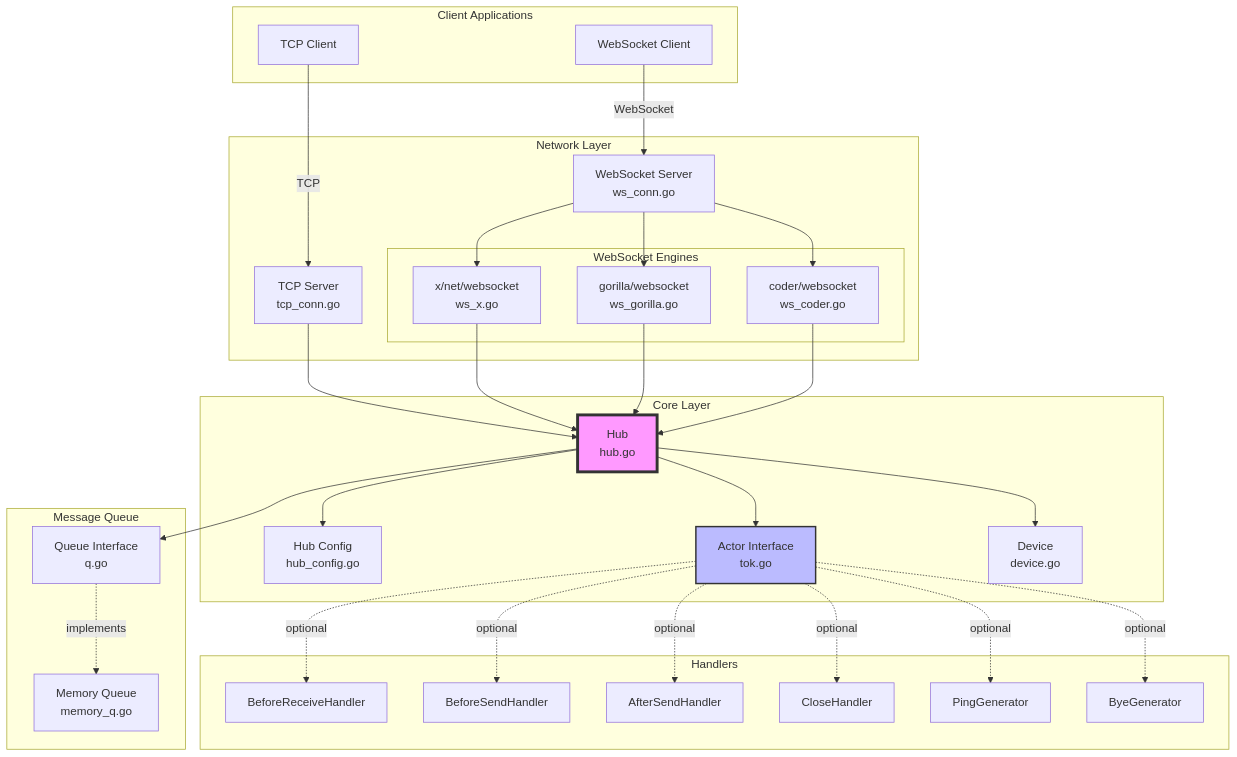
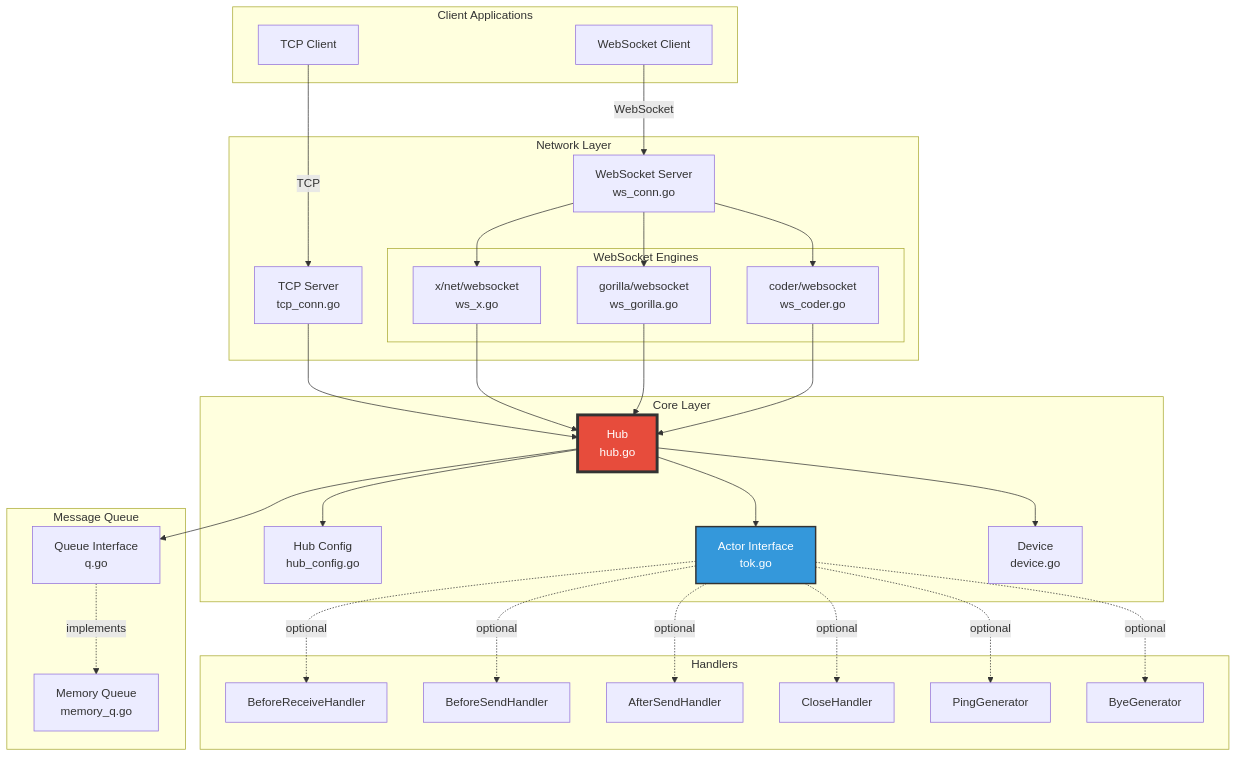
One commit to quexer/tok changed the diagram in README.md. Above: the diagram before and after it, drawn with Mermaid. The commit also changed other lines of this file, not shown here.

Commit message:
feat: update styles in README.md for Hub and Actor diagrams

````diff
--- a/README.md
+++ b/README.md
@@ -38,68 +38,68 @@
 ```mermaid
 graph TB
     subgraph "Client Applications"
         C1[TCP Client]
         C2[WebSocket Client]
     end
     
     subgraph "Network Layer"
         TCP[TCP Server<br/>tcp_conn.go]
         WS[WebSocket Server<br/>ws_conn.go]
         
         subgraph "WebSocket Engines"
             WSX[x/net/websocket<br/>ws_x.go]
             WSG[gorilla/websocket<br/>ws_gorilla.go]
             WSC[coder/websocket<br/>ws_coder.go]
         end
     end
     
     subgraph "Core Layer"
         Hub[Hub<br/>hub.go]
         HubConfig[Hub Config<br/>hub_config.go]
         Actor[Actor Interface<br/>tok.go]
         Device[Device<br/>device.go]
     end
     
     subgraph "Message Queue"
         Queue[Queue Interface<br/>q.go]
         MemQ[Memory Queue<br/>memory_q.go]
     end
     
     subgraph "Handlers"
         BR[BeforeReceiveHandler]
         BS[BeforeSendHandler]
         AS[AfterSendHandler]
         CH[CloseHandler]
         PG[PingGenerator]
         BG[ByeGenerator]
     end
     
     C1 -->|TCP| TCP
     C2 -->|WebSocket| WS
     
     WS --> WSX
     WS --> WSG
     WS --> WSC
     
     TCP --> Hub
     WSX --> Hub
     WSG --> Hub
     WSC --> Hub
     
     Hub --> Actor
     Hub --> Device
     Hub --> Queue
     Hub --> HubConfig
     
     Queue -.->|implements| MemQ
     
     Actor -.->|optional| BR
     Actor -.->|optional| BS
     Actor -.->|optional| AS
     Actor -.->|optional| CH
     Actor -.->|optional| PG
     Actor -.->|optional| BG
     
-    style Hub fill:#f9f,stroke:#333,stroke-width:4px
-    style Actor fill:#bbf,stroke:#333,stroke-width:2px
+    style Hub fill:#e74c3c,stroke:#333,stroke-width:4px,color:#fff
+    style Actor fill:#3498db,stroke:#333,stroke-width:2px,color:#fff
 ```
````
